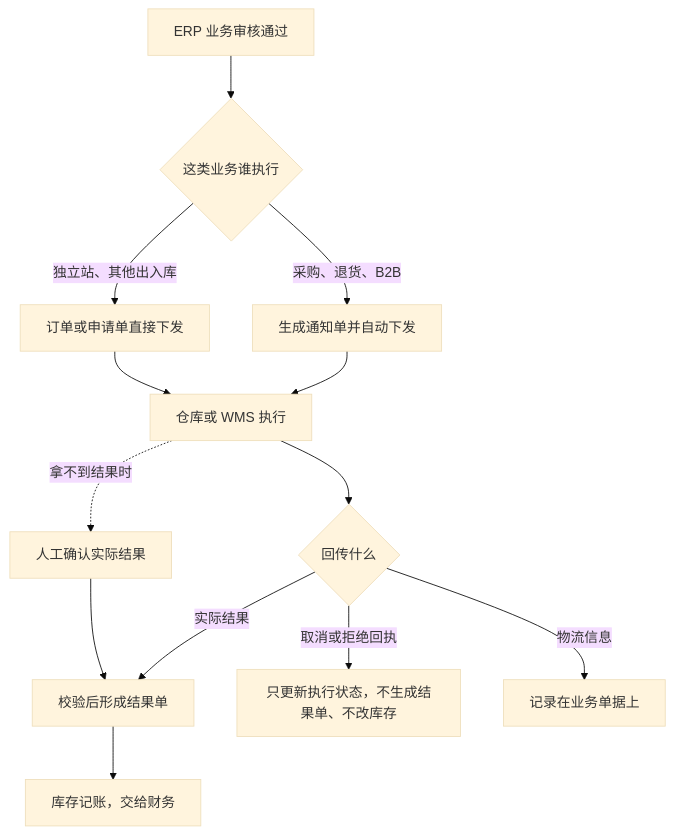
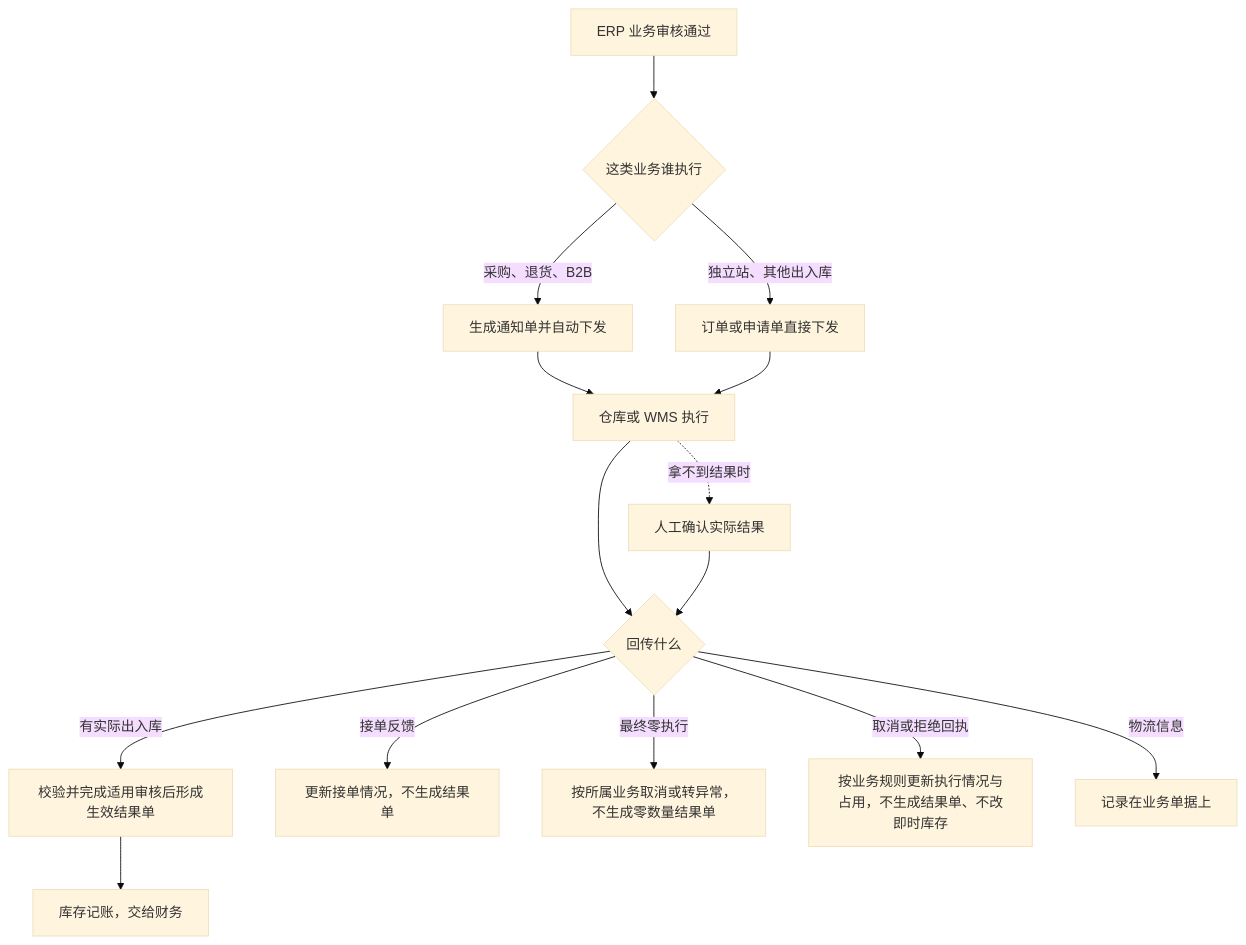
One commit to TopVitamin/QS-ERP-Project changed the diagram in 03-业务分析和设计/07-集成协作与人工补充.md. Above: the diagram before and after it, drawn with Mermaid (base theme). The commit also changed other lines of this file and 195 other files, not shown here.

````diff
--- a/03-业务分析和设计/07-集成协作与人工补充.md
+++ b/03-业务分析和设计/07-集成协作与人工补充.md
@@ -80,15 +85,17 @@
 ```mermaid
 flowchart TB
     A[ERP 业务审核通过] --> B{这类业务谁执行}
     B -->|采购、退货、B2B| C[生成通知单并自动下发]
     B -->|独立站、其他出入库| D[订单或申请单直接下发]
     C --> E[仓库或 WMS 执行]
     D --> E
     E --> F{回传什么}
-    F -->|实际结果| G[校验后形成结果单]
-    F -->|取消或拒绝回执| H[只更新执行状态，不生成结果单、不改库存]
+    F -->|有实际出入库| G[校验并完成适用审核后形成生效结果单]
+    F -->|接单反馈| H1[更新接单情况，不生成结果单]
+    F -->|最终零执行| H2[按所属业务取消或转异常，不生成零数量结果单]
+    F -->|取消或拒绝回执| H[按业务规则更新执行情况与占用，不生成结果单、不改即时库存]
     F -->|物流信息| I[记录在业务单据上]
     G --> J[库存记账，交给财务]
     E -.拿不到结果时.-> K[人工确认实际结果]
-    K --> G
+    K --> F
 ```
````
